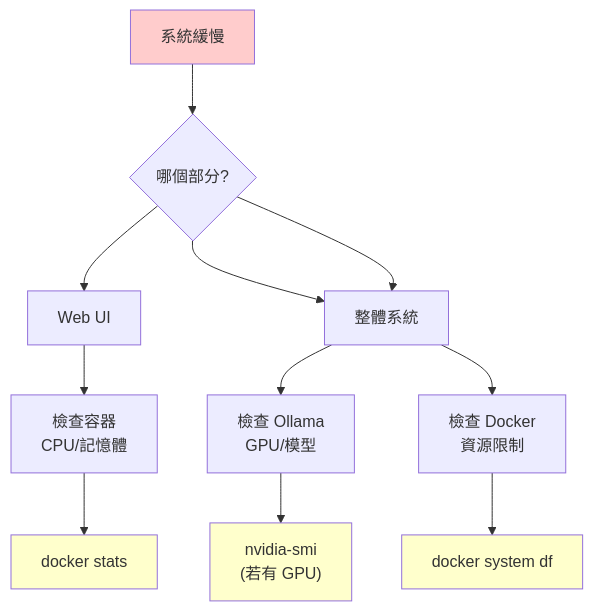
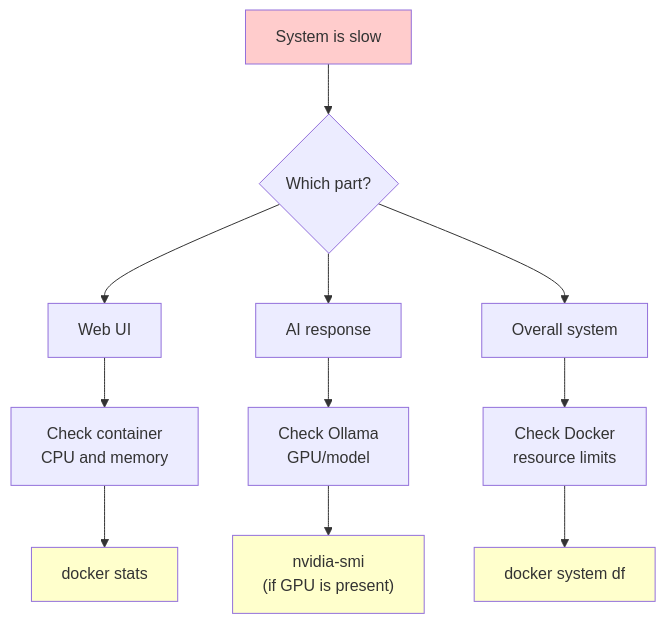
The sixth of 9 diagrams in docs/TROUBLESHOOTING.md (tryweb/ai-engkit), drawn with Mermaid before and after one commit. The commit also changed other lines of this file and 14 other files, not shown here.

````diff
--- a/docs/TROUBLESHOOTING.md
+++ b/docs/TROUBLESHOOTING.md
@@ -383,21 +379,21 @@
 ```mermaid
 graph TD
-    A["系統緩慢"] --> B{"哪個部分?"}
-    
+    A["System is slow"] --> B{"Which part?"}
+
     B --> C["Web UI"]
-    B --> D["AI 回應"]
-    B --> D["整體系統"]
-    
-    C --> E["檢查容器<br/>CPU/記憶體"]
-    D --> F["檢查 Ollama<br/>GPU/模型"]
-    D --> G["檢查 Docker<br/>資源限制"]
-    
-    E --> H["docker stats"]
-    F --> I["nvidia-smi<br/>(若有 GPU)"]
-    G --> J["docker system df"]
-    
+    B --> D["AI response"]
+    B --> E["Overall system"]
+
+    C --> F["Check container<br/>CPU and memory"]
+    D --> G["Check Ollama<br/>GPU/model"]
+    E --> H["Check Docker<br/>resource limits"]
+
+    F --> I["docker stats"]
+    G --> J["nvidia-smi<br/>(if GPU is present)"]
+    H --> K["docker system df"]
+
     style A fill:#ffcccc
-    style H fill:#ffffcc
     style I fill:#ffffcc
     style J fill:#ffffcc
+    style K fill:#ffffcc
 ```
````
